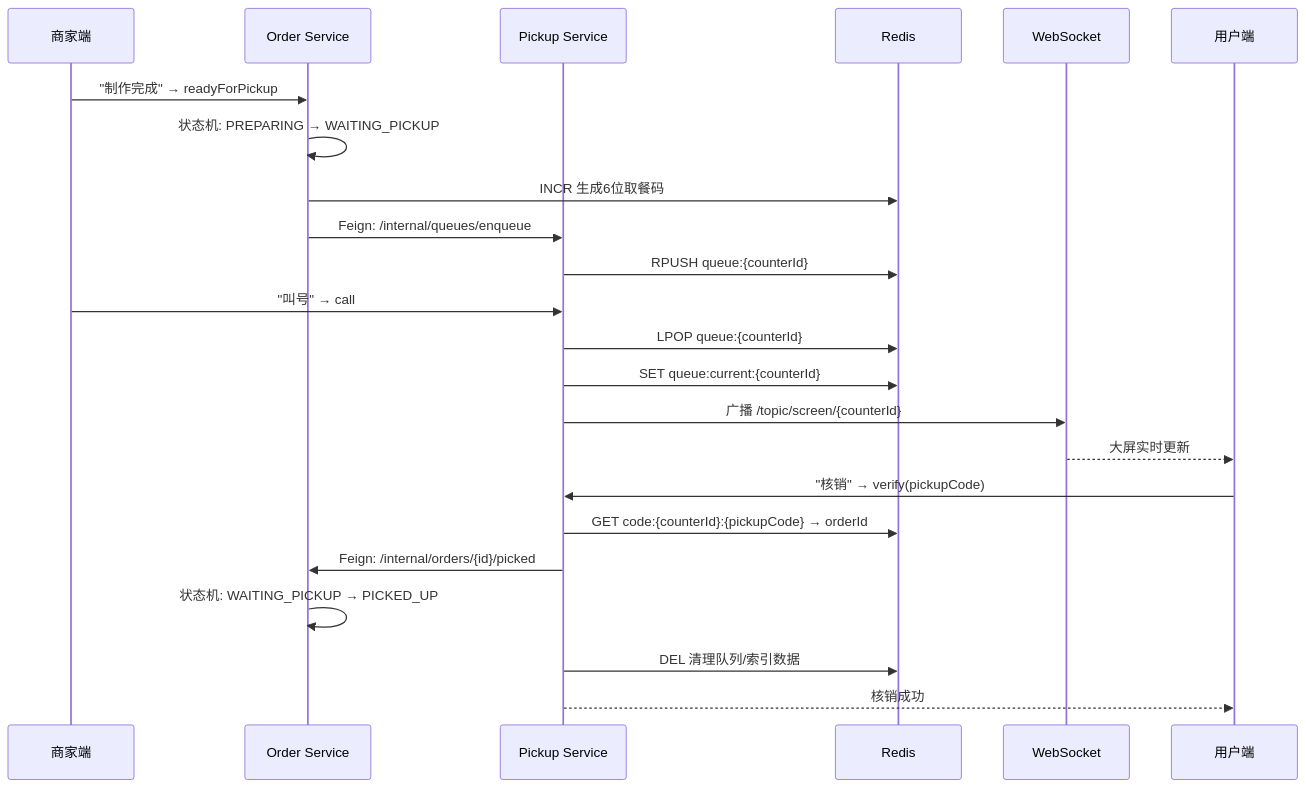
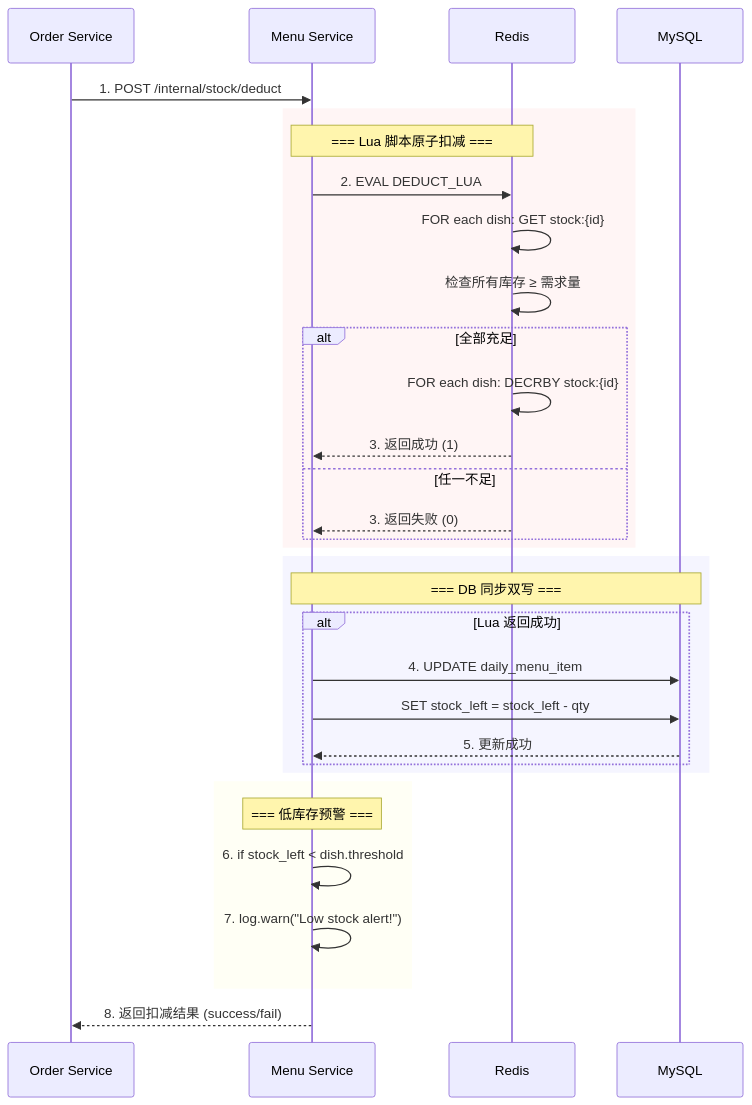
The fifth of 9 diagrams in docs/架构设计文档.md (zhyzx35607/smart-canteen-microservices), drawn with Mermaid before and after one commit. The commit also changed other lines of this file and 24 other files, not shown here.

First line of the commit message:
feat: 前端三端拆分、文档Mermaid化、后端完善

````diff
--- a/docs/架构设计文档.md
+++ b/docs/架构设计文档.md
@@ -158,28 +265,39 @@
 ```mermaid
 sequenceDiagram
-    participant MC as 商家端
-    participant O as Order Service
-    participant P as Pickup Service
+    participant OS as Order Service
+    participant MS as Menu Service
     participant R as Redis
-    participant WS as WebSocket
-    participant U as 用户端
+    participant DB as MySQL
 
-    MC->>O: "制作完成" → readyForPickup
-    O->>O: 状态机: PREPARING → WAITING_PICKUP
-    O->>R: INCR 生成6位取餐码
-    O->>P: Feign: /internal/queues/enqueue
-    P->>R: RPUSH queue:{counterId}
+    OS->>MS: 1. POST /internal/stock/deduct
 
-    MC->>P: "叫号" → call
-    P->>R: LPOP queue:{counterId}
-    P->>R: SET queue:current:{counterId}
-    P->>WS: 广播 /topic/screen/{counterId}
-    WS-->>U: 大屏实时更新
+    rect rgb(255, 245, 245)
+        Note over MS,R: === Lua 脚本原子扣减 ===
+        MS->>R: 2. EVAL DEDUCT_LUA
+        R->>R: FOR each dish: GET stock:{id}
+        R->>R: 检查所有库存 ≥ 需求量
+        alt 全部充足
+            R->>R: FOR each dish: DECRBY stock:{id}
+            R-->>MS: 3. 返回成功 (1)
+        else 任一不足
+            R-->>MS: 3. 返回失败 (0)
+        end
+    end
 
-    U->>P: "核销" → verify(pickupCode)
-    P->>R: GET code:{counterId}:{pickupCode} → orderId
-    P->>O: Feign: /internal/orders/{id}/picked
-    O->>O: 状态机: WAITING_PICKUP → PICKED_UP
-    P->>R: DEL 清理队列/索引数据
-    P-->>U: 核销成功
+    rect rgb(245, 245, 255)
+        Note over MS,DB: === DB 同步双写 ===
+        alt Lua 返回成功
+            MS->>DB: 4. UPDATE daily_menu_item
+            MS->>DB:    SET stock_left = stock_left - qty
+            DB-->>MS: 5. 更新成功
+        end
+    end
+
+    rect rgb(255, 255, 245)
+        Note over MS: === 低库存预警 ===
+        MS->>MS: 6. if stock_left < dish.threshold
+        MS->>MS: 7.   log.warn("Low stock alert!")
+    end
+
+    MS-->>OS: 8. 返回扣减结果 (success/fail)
 ```
````
